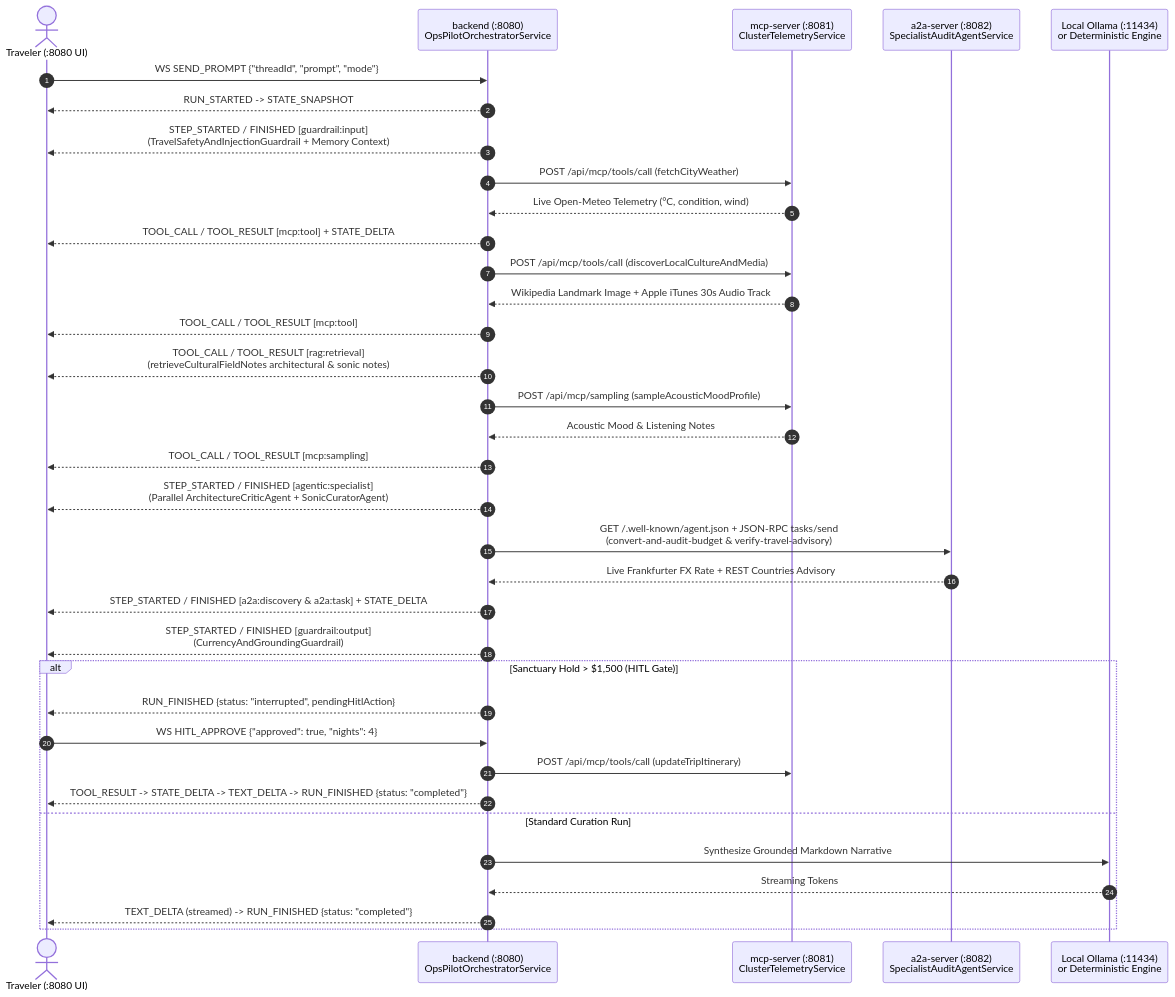
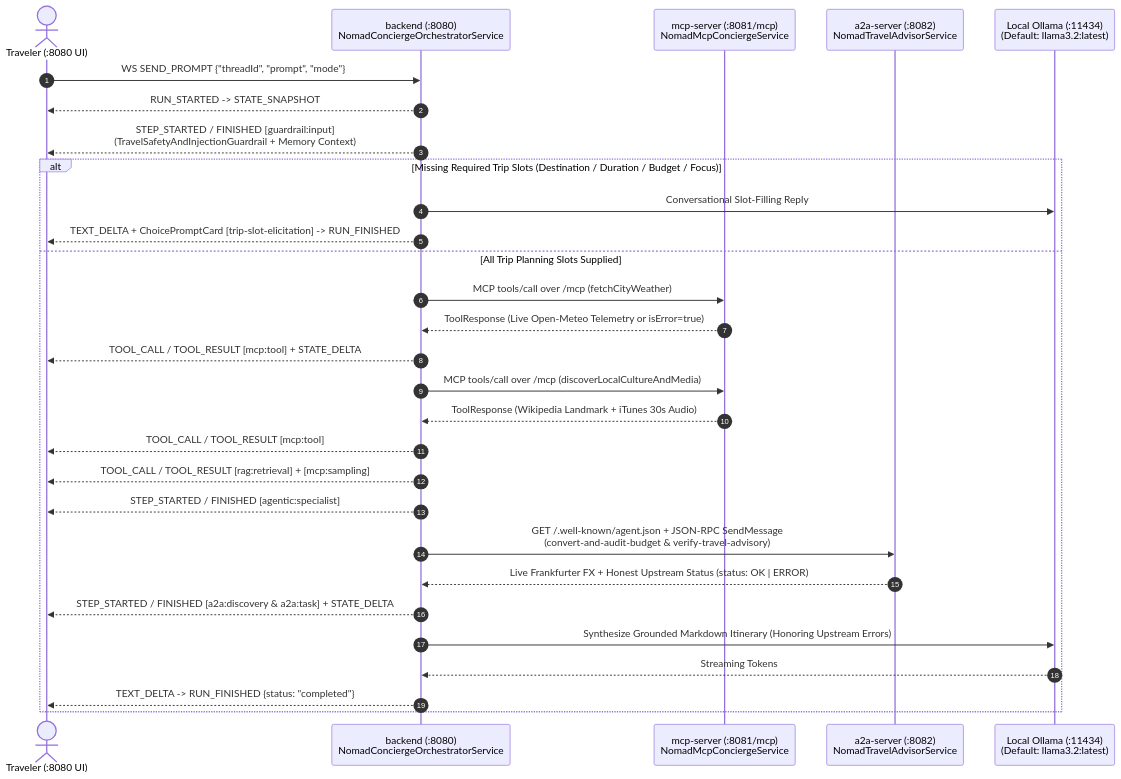
One commit to fmatar/quarkus-agui changed the second of 2 diagrams in examples/quarkus-svelte-skeleton/README.md. Above: the diagram before and after it, drawn with Mermaid. The commit also changed other lines of this file and 7 other files, not shown here.

````diff
--- a/examples/quarkus-svelte-skeleton/README.md
+++ b/examples/quarkus-svelte-skeleton/README.md
@@ -82,38 +86,32 @@
 ```mermaid
 sequenceDiagram
     autonumber
     actor Traveler as Traveler (:8080 UI)
-    participant Orch as backend (:8080)<br/>OpsPilotOrchestratorService
-    participant MCP as mcp-server (:8081)<br/>ClusterTelemetryService
-    participant A2A as a2a-server (:8082)<br/>SpecialistAuditAgentService
-    participant LLM as Local Ollama (:11434)<br/>or Deterministic Engine
+    participant Orch as backend (:8080)<br/>NomadConciergeOrchestratorService
+    participant MCP as mcp-server (:8081/mcp)<br/>NomadMcpConciergeService
+    participant A2A as a2a-server (:8082)<br/>NomadTravelAdvisorService
+    participant LLM as Local Ollama (:11434)<br/>(Default: llama3.2:latest)
 
     Traveler->>Orch: WS SEND_PROMPT {"threadId", "prompt", "mode"}
     Orch-->>Traveler: RUN_STARTED -> STATE_SNAPSHOT
     Orch-->>Traveler: STEP_STARTED / FINISHED [guardrail:input]<br/>(TravelSafetyAndInjectionGuardrail + Memory Context)
-    Orch->>MCP: POST /api/mcp/tools/call (fetchCityWeather)
-    MCP-->>Orch: Live Open-Meteo Telemetry (°C, condition, wind)
-    Orch-->>Traveler: TOOL_CALL / TOOL_RESULT [mcp:tool] + STATE_DELTA
-    Orch->>MCP: POST /api/mcp/tools/call (discoverLocalCultureAndMedia)
-    MCP-->>Orch: Wikipedia Landmark Image + Apple iTunes 30s Audio Track
-    Orch-->>Traveler: TOOL_CALL / TOOL_RESULT [mcp:tool]
-    Orch-->>Traveler: TOOL_CALL / TOOL_RESULT [rag:retrieval]<br/>(retrieveCulturalFieldNotes architectural & sonic notes)
-    Orch->>MCP: POST /api/mcp/sampling (sampleAcousticMoodProfile)
-    MCP-->>Orch: Acoustic Mood & Listening Notes
-    Orch-->>Traveler: TOOL_CALL / TOOL_RESULT [mcp:sampling]
-    Orch-->>Traveler: STEP_STARTED / FINISHED [agentic:specialist]<br/>(Parallel ArchitectureCriticAgent + SonicCuratorAgent)
-    Orch->>A2A: GET /.well-known/agent.json + JSON-RPC tasks/send<br/>(convert-and-audit-budget & verify-travel-advisory)
-    A2A-->>Orch: Live Frankfurter FX Rate + REST Countries Advisory
-    Orch-->>Traveler: STEP_STARTED / FINISHED [a2a:discovery & a2a:task] + STATE_DELTA
-    Orch-->>Traveler: STEP_STARTED / FINISHED [guardrail:output]<br/>(CurrencyAndGroundingGuardrail)
-    alt Sanctuary Hold > $1,500 (HITL Gate)
-        Orch-->>Traveler: RUN_FINISHED {status: "interrupted", pendingHitlAction}
-        Traveler->>Orch: WS HITL_APPROVE {"approved": true, "nights": 4}
-        Orch->>MCP: POST /api/mcp/tools/call (updateTripItinerary)
-        Orch-->>Traveler: TOOL_RESULT -> STATE_DELTA -> TEXT_DELTA -> RUN_FINISHED {status: "completed"}
-    else Standard Curation Run
-        Orch->>LLM: Synthesize Grounded Markdown Narrative
+    alt Missing Required Trip Slots (Destination / Duration / Budget / Focus)
+        Orch->>LLM: Conversational Slot-Filling Reply
+        Orch-->>Traveler: TEXT_DELTA + ChoicePromptCard [trip-slot-elicitation] -> RUN_FINISHED
+    else All Trip Planning Slots Supplied
+        Orch->>MCP: MCP tools/call over /mcp (fetchCityWeather)
+        MCP-->>Orch: ToolResponse (Live Open-Meteo Telemetry or isError=true)
+        Orch-->>Traveler: TOOL_CALL / TOOL_RESULT [mcp:tool] + STATE_DELTA
+        Orch->>MCP: MCP tools/call over /mcp (discoverLocalCultureAndMedia)
+        MCP-->>Orch: ToolResponse (Wikipedia Landmark + iTunes 30s Audio)
+        Orch-->>Traveler: TOOL_CALL / TOOL_RESULT [mcp:tool]
+        Orch-->>Traveler: TOOL_CALL / TOOL_RESULT [rag:retrieval] + [mcp:sampling]
+        Orch-->>Traveler: STEP_STARTED / FINISHED [agentic:specialist]
+        Orch->>A2A: GET /.well-known/agent.json + JSON-RPC SendMessage<br/>(convert-and-audit-budget & verify-travel-advisory)
+        A2A-->>Orch: Live Frankfurter FX + Honest Upstream Status (status: OK | ERROR)
+        Orch-->>Traveler: STEP_STARTED / FINISHED [a2a:discovery & a2a:task] + STATE_DELTA
+        Orch->>LLM: Synthesize Grounded Markdown Itinerary (Honoring Upstream Errors)
         LLM-->>Orch: Streaming Tokens
-        Orch-->>Traveler: TEXT_DELTA (streamed) -> RUN_FINISHED {status: "completed"}
+        Orch-->>Traveler: TEXT_DELTA -> RUN_FINISHED {status: "completed"}
     end
 ```
````
